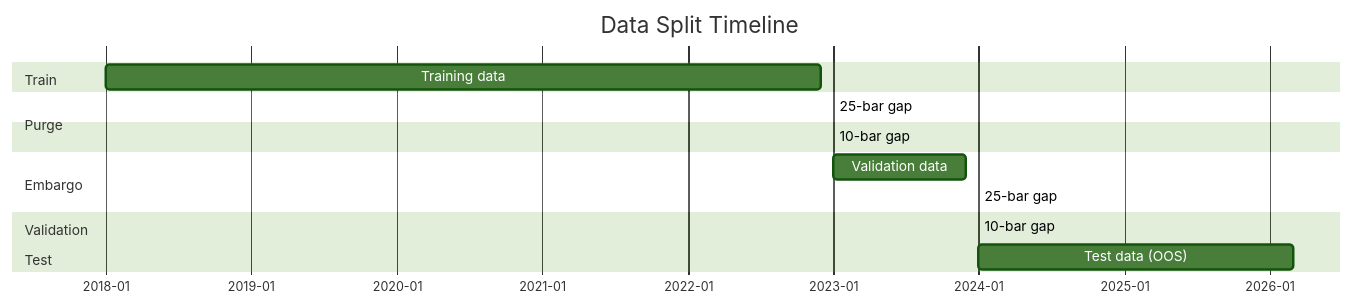
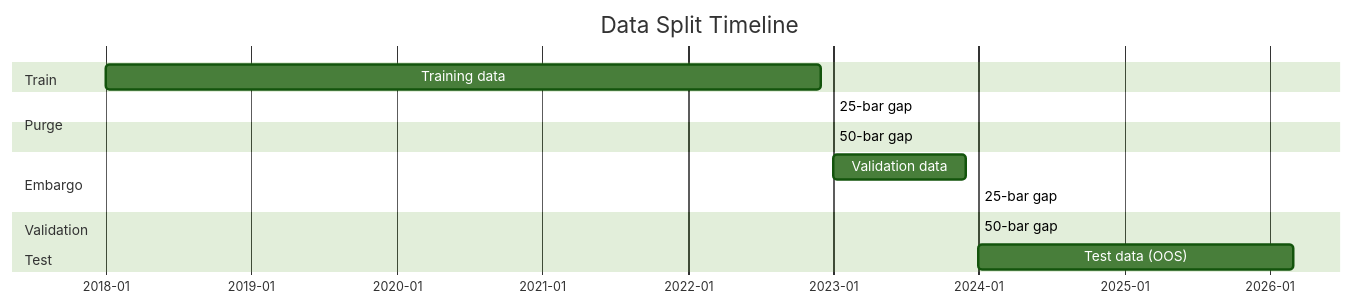
One commit to ultimateBroK/thesis-hybrid-stacking changed the third of 5 diagrams in docs/CONFIGURATION.md. Above: the diagram before and after it, drawn with Mermaid (forest theme). The commit also changed other lines of this file and 7 other files, not shown here.

````diff
--- a/docs/CONFIGURATION.md
+++ b/docs/CONFIGURATION.md
@@ -165,27 +168,27 @@
 ```mermaid
 gantt
     title Data Split Timeline
     dateFormat YYYY-MM
     axisFormat %Y-%m
 
     section Train
     Training data :2018-01, 2022-12
 
     section Purge
     25-bar gap :2023-01, 1h
 
     section Embargo
-    10-bar gap :2023-01, 1h
+    50-bar gap :2023-01, 3h
 
     section Validation
     Validation data :2023-01, 2023-12
 
     section Purge
     25-bar gap :2024-01, 1h
 
     section Embargo
-    10-bar gap :2024-01, 1h
+    50-bar gap :2024-01, 3h
 
     section Test
     Test data (OOS) :2024-01, 2026-03
 ```
````
